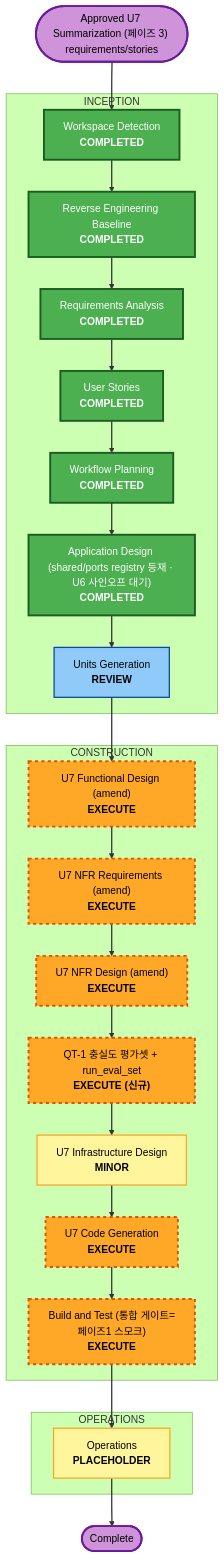
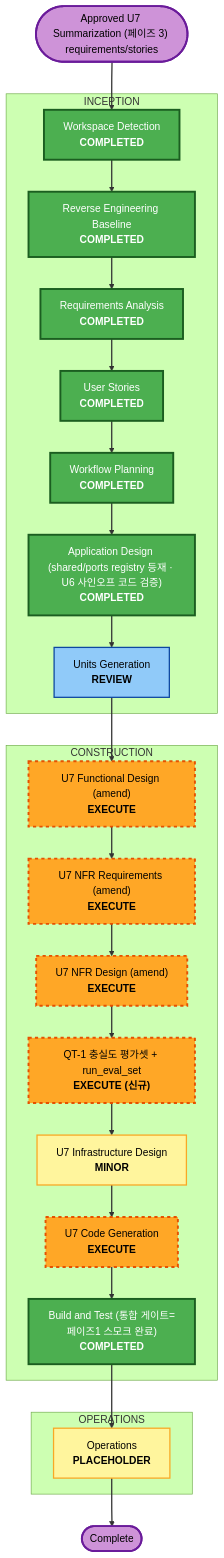
Before and after one commit to 80-hours-a-week/DocSuri: the diagram in aidlc-docs/inception/plans/u7-summarization-workflow-plan.md, drawn with Mermaid (forest theme). The commit also changed other lines of this file and 1 other file, not shown here.

First line of the commit message:
docs(u7): 페이즈1 스모크 완료·U6 사인오프 코드검증 반영 — 통합 게이트 닫힘

````diff
--- a/aidlc-docs/inception/plans/u7-summarization-workflow-plan.md
+++ b/aidlc-docs/inception/plans/u7-summarization-workflow-plan.md
@@ -50,51 +50,51 @@
 ```mermaid
 flowchart TD
     Start(["Approved U7 Summarization (페이즈 3) requirements/stories"])
 
     subgraph INCEPTION["INCEPTION"]
         WD["Workspace Detection<br/><b>COMPLETED</b>"]
         RE["Reverse Engineering Baseline<br/><b>COMPLETED</b>"]
         RA["Requirements Analysis<br/><b>COMPLETED</b>"]
         US["User Stories<br/><b>COMPLETED</b>"]
         WP["Workflow Planning<br/><b>COMPLETED</b>"]
-        AD["Application Design (shared/ports registry 등재 · U6 사인오프 대기)<br/><b>COMPLETED</b>"]
+        AD["Application Design (shared/ports registry 등재 · U6 사인오프 코드 검증)<br/><b>COMPLETED</b>"]
         UG["Units Generation<br/><b>REVIEW</b>"]
     end
 
     subgraph CONSTRUCTION["CONSTRUCTION"]
         FD["U7 Functional Design (amend)<br/><b>EXECUTE</b>"]
         NFRA["U7 NFR Requirements (amend)<br/><b>EXECUTE</b>"]
         NFRD["U7 NFR Design (amend)<br/><b>EXECUTE</b>"]
         EVAL["QT-1 충실도 평가셋 + run_eval_set<br/><b>EXECUTE (신규)</b>"]
         ID["U7 Infrastructure Design<br/><b>MINOR</b>"]
         CG["U7 Code Generation<br/><b>EXECUTE</b>"]
-        BT["Build and Test (통합 게이트=페이즈1 스모크)<br/><b>EXECUTE</b>"]
+        BT["Build and Test (통합 게이트=페이즈1 스모크 완료)<br/><b>COMPLETED</b>"]
     end
 
     subgraph OPERATIONS["OPERATIONS"]
         OPS["Operations<br/><b>PLACEHOLDER</b>"]
     end
 
     Start --> WD --> RE --> RA --> US --> WP --> AD --> UG
     UG --> FD --> NFRA --> NFRD --> EVAL --> ID --> CG --> BT --> OPS --> End(["Complete"])
 
     style WD fill:#4CAF50,stroke:#1B5E20,stroke-width:3px,color:#fff
     style RE fill:#4CAF50,stroke:#1B5E20,stroke-width:3px,color:#fff
     style RA fill:#4CAF50,stroke:#1B5E20,stroke-width:3px,color:#fff
     style US fill:#4CAF50,stroke:#1B5E20,stroke-width:3px,color:#fff
     style WP fill:#4CAF50,stroke:#1B5E20,stroke-width:3px,color:#fff
     style AD fill:#4CAF50,stroke:#1B5E20,stroke-width:3px,color:#fff
     style UG fill:#90CAF9,stroke:#0D47A1,stroke-width:2px,color:#000
     style FD fill:#FFA726,stroke:#E65100,stroke-width:3px,stroke-dasharray: 5 5,color:#000
     style NFRA fill:#FFA726,stroke:#E65100,stroke-width:3px,stroke-dasharray: 5 5,color:#000
     style NFRD fill:#FFA726,stroke:#E65100,stroke-width:3px,stroke-dasharray: 5 5,color:#000
     style EVAL fill:#FFA726,stroke:#E65100,stroke-width:3px,stroke-dasharray: 5 5,color:#000
     style ID fill:#FFF59D,stroke:#F9A825,stroke-width:2px,color:#000
     style CG fill:#FFA726,stroke:#E65100,stroke-width:3px,stroke-dasharray: 5 5,color:#000
-    style BT fill:#FFA726,stroke:#E65100,stroke-width:3px,stroke-dasharray: 5 5,color:#000
+    style BT fill:#4CAF50,stroke:#1B5E20,stroke-width:3px,color:#fff
     style OPS fill:#FFF59D,stroke:#F9A825,stroke-width:2px,color:#000
     style Start fill:#CE93D8,stroke:#6A1B9A,stroke-width:3px,color:#000
     style End fill:#CE93D8,stroke:#6A1B9A,stroke-width:3px,color:#000
 
     linkStyle default stroke:#333,stroke-width:2px
 ```
````
